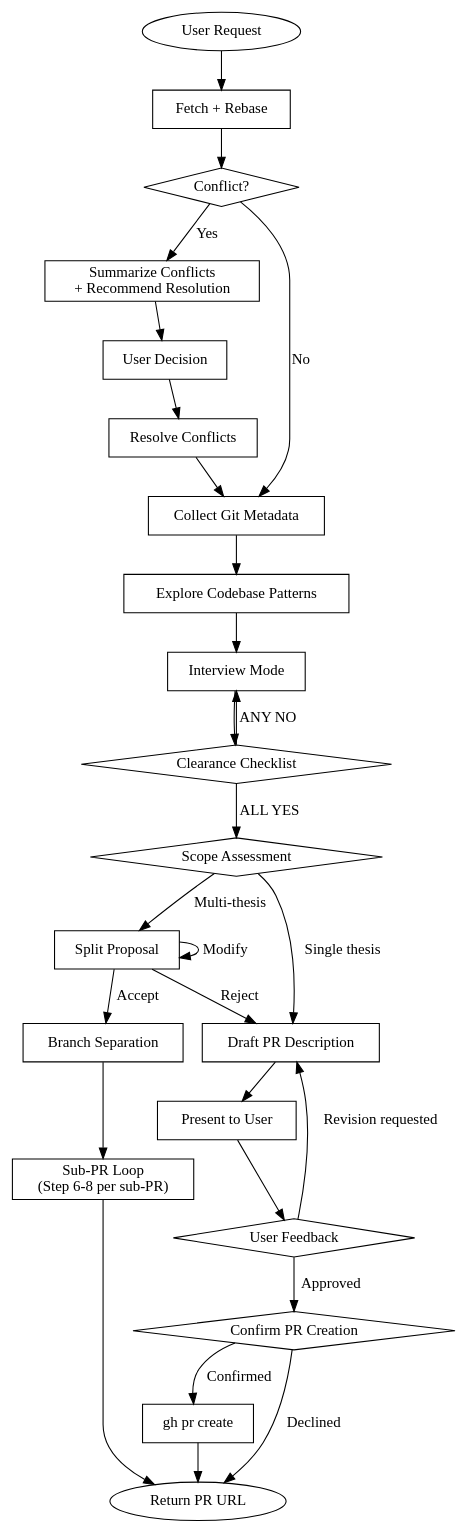
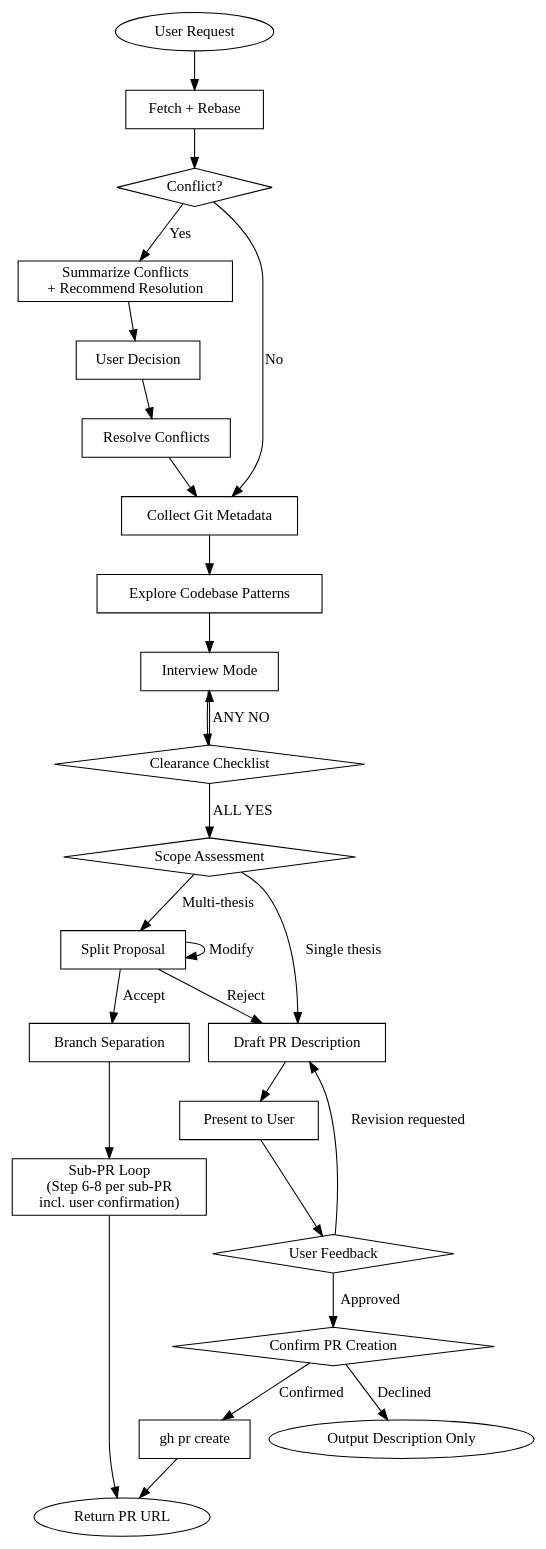
One commit to toongri/oh-my-toong-playground changed the diagram in skills/make-pr/SKILL.md. Above: the diagram before and after it, drawn with Graphviz. The commit also changed other lines of this file and 2 other files, not shown here.

Commit message:
fix: make-pr P1/P2 코드 리뷰 이슈 수정

````diff
--- a/skills/make-pr/SKILL.md
+++ b/skills/make-pr/SKILL.md
@@ -61,53 +61,54 @@
 ```dot
 digraph make_pr_flow {
     rankdir=TB;
 
     "User Request" [shape=ellipse];
     "Fetch + Rebase" [shape=box];
     "Conflict?" [shape=diamond];
     "Summarize Conflicts\n+ Recommend Resolution" [shape=box];
     "User Decision" [shape=box];
     "Resolve Conflicts" [shape=box];
     "Collect Git Metadata" [shape=box];
     "Explore Codebase Patterns" [shape=box];
     "Interview Mode" [shape=box];
     "Clearance Checklist" [shape=diamond];
     "Scope Assessment" [shape=diamond];
     "Split Proposal" [shape=box];
     "Branch Separation" [shape=box];
-    "Sub-PR Loop\n(Step 6-8 per sub-PR)" [shape=box];
+    "Sub-PR Loop\n(Step 6-8 per sub-PR\nincl. user confirmation)" [shape=box];
     "Draft PR Description" [shape=box];
     "Present to User" [shape=box];
     "User Feedback" [shape=diamond];
     "Confirm PR Creation" [shape=diamond];
     "gh pr create" [shape=box];
     "Return PR URL" [shape=ellipse];
+    "Output Description Only" [shape=ellipse];
 
     "User Request" -> "Fetch + Rebase";
     "Fetch + Rebase" -> "Conflict?";
     "Conflict?" -> "Collect Git Metadata" [label="No"];
     "Conflict?" -> "Summarize Conflicts\n+ Recommend Resolution" [label="Yes"];
     "Summarize Conflicts\n+ Recommend Resolution" -> "User Decision";
     "User Decision" -> "Resolve Conflicts";
     "Resolve Conflicts" -> "Collect Git Metadata";
     "Collect Git Metadata" -> "Explore Codebase Patterns";
     "Explore Codebase Patterns" -> "Interview Mode";
     "Interview Mode" -> "Clearance Checklist";
     "Clearance Checklist" -> "Interview Mode" [label="ANY NO"];
     "Clearance Checklist" -> "Scope Assessment" [label="ALL YES"];
     "Scope Assessment" -> "Draft PR Description" [label="Single thesis"];
     "Scope Assessment" -> "Split Proposal" [label="Multi-thesis"];
     "Split Proposal" -> "Branch Separation" [label="Accept"];
     "Split Proposal" -> "Draft PR Description" [label="Reject"];
     "Split Proposal" -> "Split Proposal" [label="Modify"];
-    "Branch Separation" -> "Sub-PR Loop\n(Step 6-8 per sub-PR)";
-    "Sub-PR Loop\n(Step 6-8 per sub-PR)" -> "Return PR URL";
+    "Branch Separation" -> "Sub-PR Loop\n(Step 6-8 per sub-PR\nincl. user confirmation)";
+    "Sub-PR Loop\n(Step 6-8 per sub-PR\nincl. user confirmation)" -> "Return PR URL";
     "Draft PR Description" -> "Present to User";
     "Present to User" -> "User Feedback";
     "User Feedback" -> "Draft PR Description" [label="Revision requested"];
     "User Feedback" -> "Confirm PR Creation" [label="Approved"];
-    "Confirm PR Creation" -> "Return PR URL" [label="Declined"];
+    "Confirm PR Creation" -> "Output Description Only" [label="Declined"];
     "Confirm PR Creation" -> "gh pr create" [label="Confirmed"];
     "gh pr create" -> "Return PR URL";
 }
 ```
````
